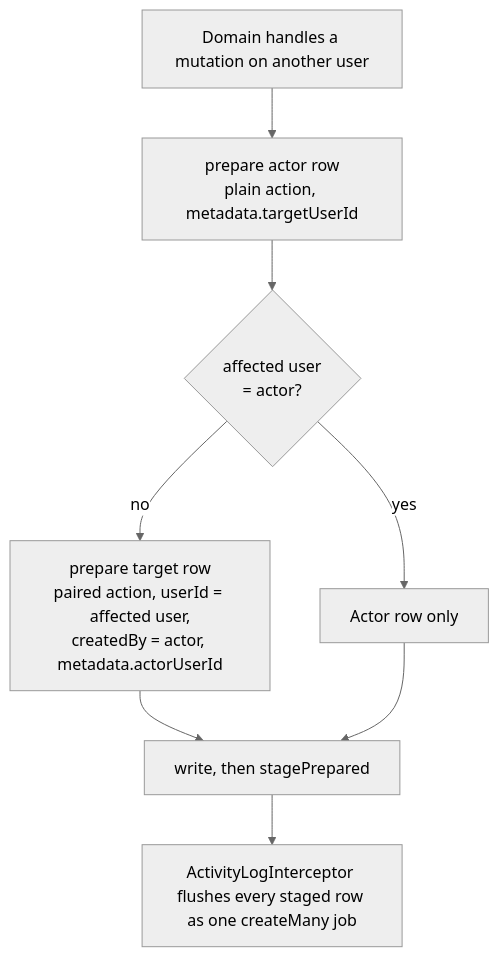
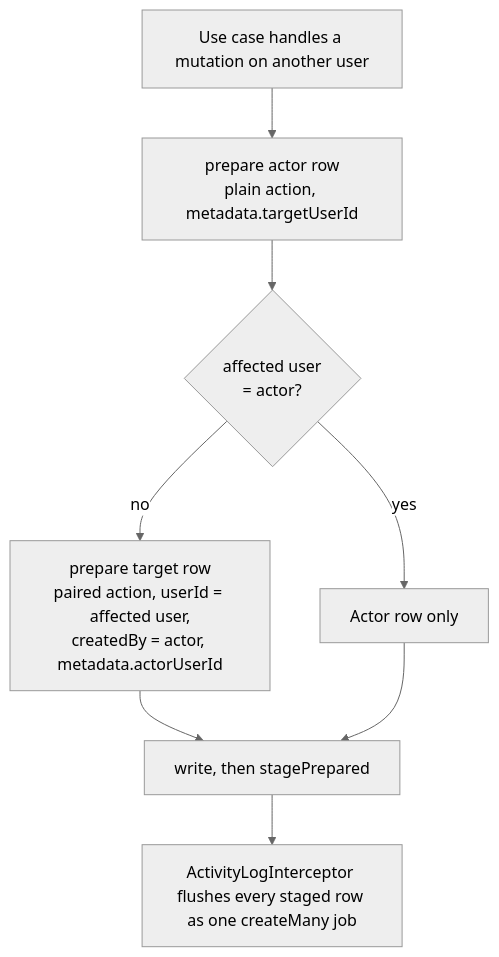
Before and after one commit to andrechristikan/ack-nestjs-boilerplate: the second of 2 diagrams in docs/activity-log.md, drawn with Mermaid (neutral theme). The commit also changed other lines of this file and 4 other files, not shown here.

````diff
--- a/docs/activity-log.md
+++ b/docs/activity-log.md
@@ -256,10 +268,10 @@
 ```mermaid
 flowchart TD
-    A[Domain handles a mutation on another user] --> B["prepare actor row<br/>plain action, metadata.targetUserId"]
+    A[Use case handles a mutation on another user] --> B["prepare actor row<br/>plain action, metadata.targetUserId"]
     B --> C{"affected user<br/>= actor?"}
     C -->|yes| E[Actor row only]
     C -->|no| D["prepare target row<br/>paired action, userId = affected user,<br/>createdBy = actor, metadata.actorUserId"]
     D --> G[write, then stagePrepared]
     E --> G
     G --> F[ActivityLogInterceptor flushes every staged row as one createMany job]
 ```
````
